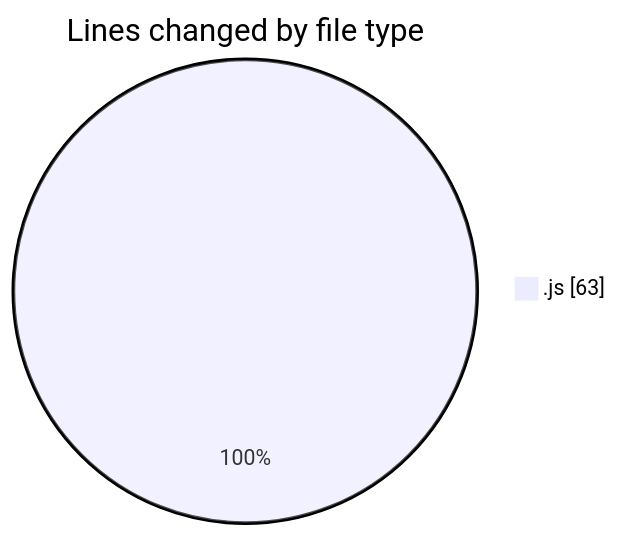
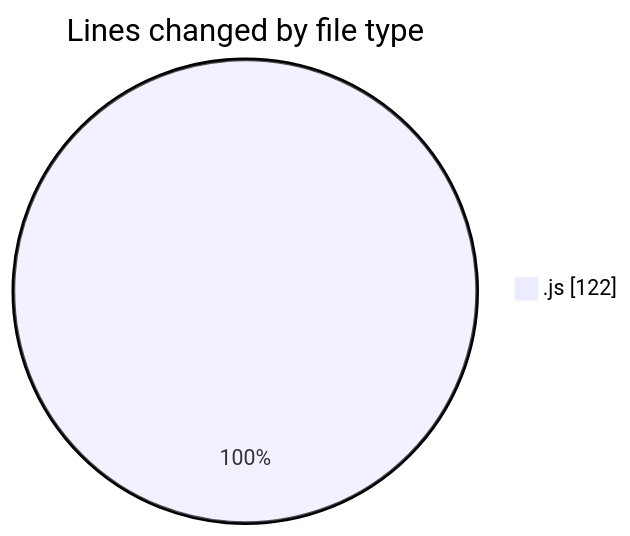
Before and after one commit to momahboobian/code-tracking: the first of 2 diagrams in 2025-08-12/cda/README.md, drawn with Mermaid. The commit also changed other lines of this file and 1 other file, not shown here.

````diff
--- a/2025-08-12/cda/README.md
+++ b/2025-08-12/cda/README.md
@@ -21,5 +23,5 @@
 ```mermaid
 pie showData
 title Lines changed by file type
-".js" : 63
+".js" : 122
 ```
````
